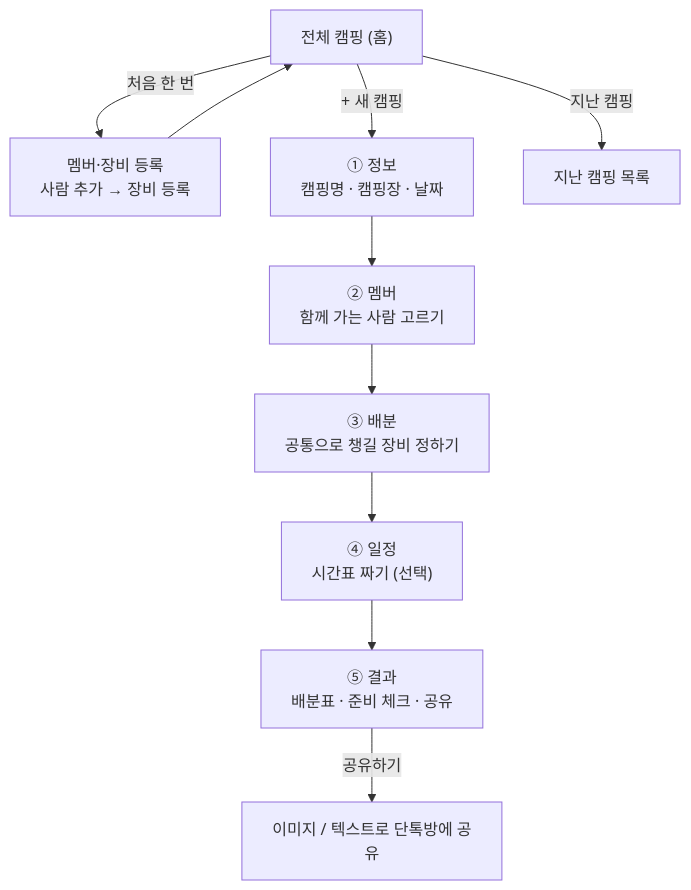
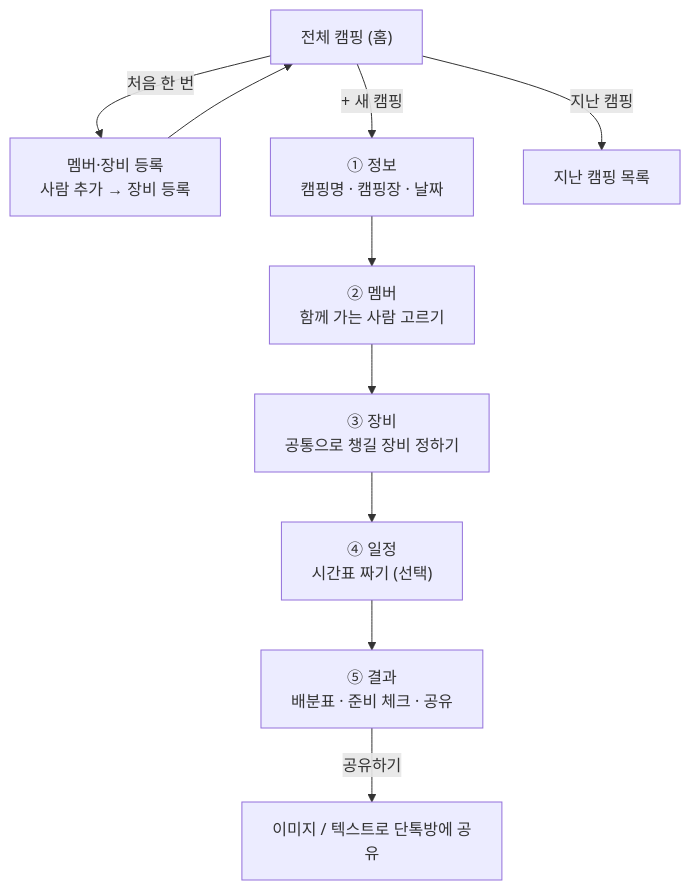
One commit to HamHyunJun/Camping-Joy changed the second of 3 diagrams in README.md. Above: the diagram before and after it, drawn with Mermaid. The commit also changed other lines of this file and 14 other files, not shown here.

````diff
--- a/README.md
+++ b/README.md
@@ -91,12 +91,12 @@
 ```mermaid
 flowchart TD
   A["전체 캠핑 (홈)"] -->|처음 한 번| B["멤버·장비 등록<br/>사람 추가 → 장비 등록"]
   B --> A
   A -->|"+ 새 캠핑"| C["① 정보<br/>캠핑명 · 캠핑장 · 날짜"]
   C --> D["② 멤버<br/>함께 가는 사람 고르기"]
-  D --> E["③ 배분<br/>공통으로 챙길 장비 정하기"]
+  D --> E["③ 장비<br/>공통으로 챙길 장비 정하기"]
   E --> F["④ 일정<br/>시간표 짜기 (선택)"]
   F --> G["⑤ 결과<br/>배분표 · 준비 체크 · 공유"]
   G -->|공유하기| H["이미지 / 텍스트로 단톡방에 공유"]
   A -->|"지난 캠핑"| I["지난 캠핑 목록"]
 ```
````
